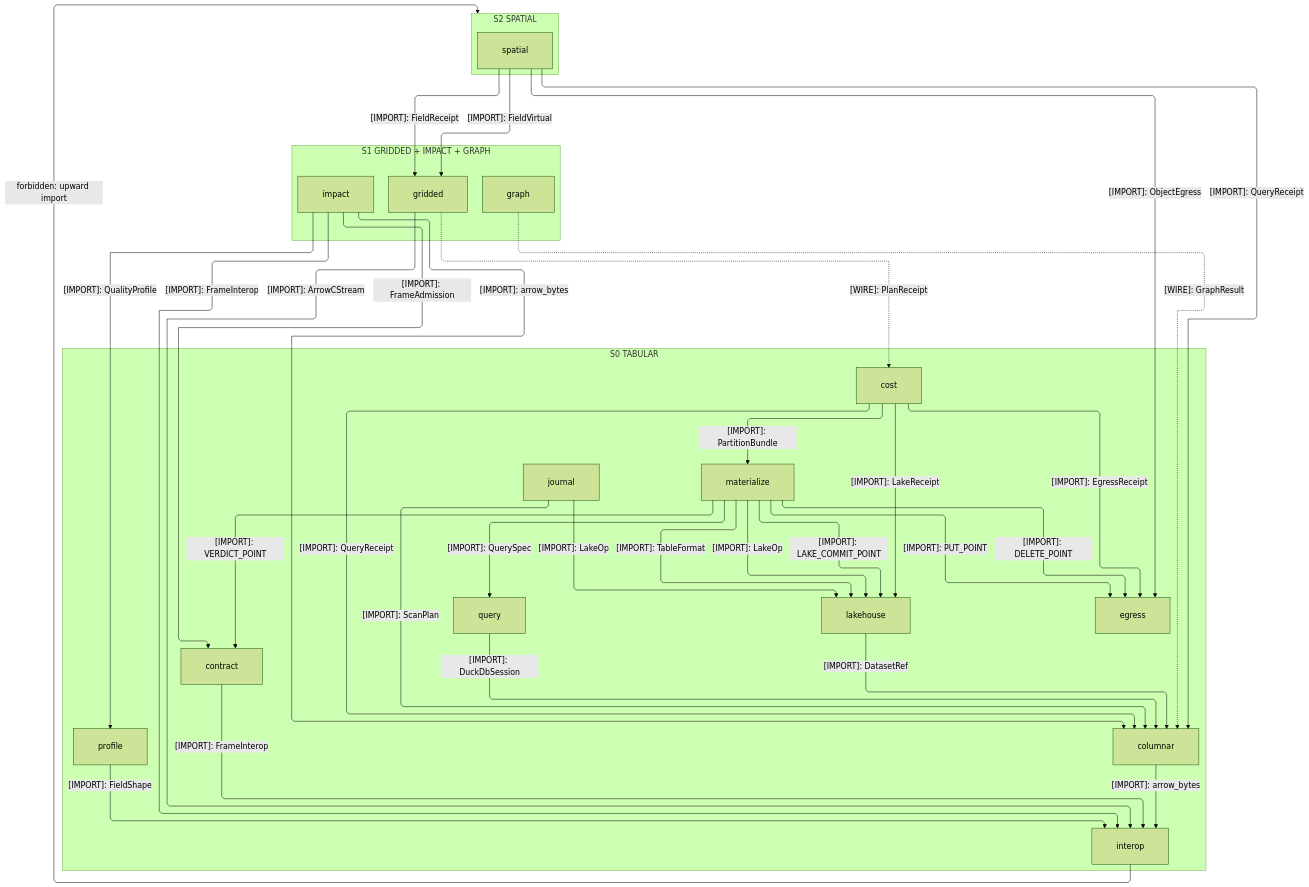
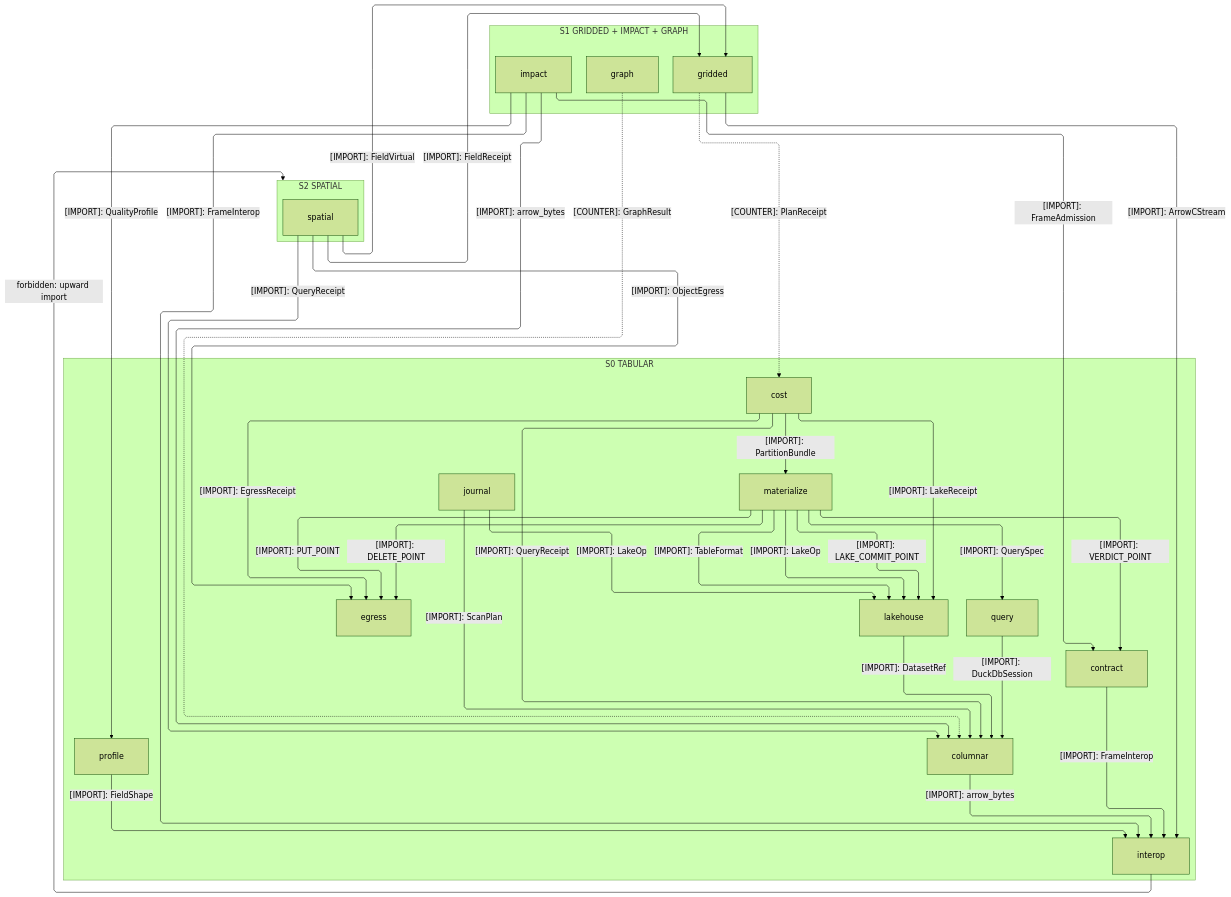
The first of 5 diagrams in libs/python/data/ARCHITECTURE.md (bsamiee/Rasm), drawn with Mermaid (forest theme) before and after one commit. The commit also changed other lines of this file and 115 other files, not shown here.

````diff
--- a/libs/python/data/ARCHITECTURE.md
+++ b/libs/python/data/ARCHITECTURE.md
@@ -48,64 +48,62 @@
 ```mermaid
 ---
 config:
   layout: elk
   flowchart:
     curve: linear
     padding: 25
 ---
 flowchart TB
     accTitle: Data interior import strata
-    accDescr: Spatial composes the middle tier over the tabular floor; labeled edges name imported owners, and dashed edges carry wire data.
+    accDescr: How the data interior ranks over the tabular floor, the dashed GraphResult and PlanReceipt counter-edges carrying wire data downward.
     subgraph D2["S2 SPATIAL"]
         Spatial[spatial]
     end
     subgraph D1["S1 GRIDDED + IMPACT + GRAPH"]
         Graph[graph]
         Impact[impact]
         Gridded[gridded]
     end
     subgraph D0["S0 TABULAR"]
         Journal[journal]
         Cost[cost]
         Egress[egress]
         Materialize[materialize]
         Query[query]
         Lakehouse[lakehouse]
         Columnar[columnar]
         Contract[contract]
         Profile[profile]
         Interop[interop]
     end
-    Spatial s1@-->|"[IMPORT]: QueryReceipt"| Columnar
-    Spatial s2@-->|"[IMPORT]: ObjectEgress"| Egress
-    Spatial s3@-->|"[IMPORT]: FieldVirtual"| Gridded
-    Spatial s29@-->|"[IMPORT]: FieldReceipt"| Gridded
-    Gridded s4@-->|"[IMPORT]: ArrowCStream"| Interop
-    Impact s5@-->|"[IMPORT]: FrameAdmission"| Contract
-    Impact s6@-->|"[IMPORT]: QualityProfile"| Profile
-    Impact s7@-->|"[IMPORT]: FrameInterop"| Interop
-    Impact s8@-->|"[IMPORT]: arrow_bytes"| Columnar
-    Graph s9@-.->|"[WIRE]: GraphResult"| Columnar
-    Journal s26@-->|"[IMPORT]: LakeOp"| Lakehouse
-    Journal s27@-->|"[IMPORT]: ScanPlan"| Columnar
-    Materialize s10@-->|"[IMPORT]: QuerySpec"| Query
-    Materialize s11@-->|"[IMPORT]: TableFormat"| Lakehouse
-    Materialize s25@-->|"[IMPORT]: LakeOp"| Lakehouse
-    Materialize s12@-->|"[IMPORT]: LAKE_COMMIT_POINT"| Lakehouse
-    Materialize s13@-->|"[IMPORT]: VERDICT_POINT"| Contract
-    Materialize s14@-->|"[IMPORT]: PUT_POINT"| Egress
-    Materialize s15@-->|"[IMPORT]: DELETE_POINT"| Egress
-    Query s16@-->|"[IMPORT]: DuckDbSession"| Columnar
-    Lakehouse s17@-->|"[IMPORT]: DatasetRef"| Columnar
-    Contract s18@-->|"[IMPORT]: FrameInterop"| Interop
-    Columnar s28@-->|"[IMPORT]: arrow_bytes"| Interop
-    Profile s19@-->|"[IMPORT]: FieldShape"| Interop
-    Cost s20@-->|"[IMPORT]: QueryReceipt"| Columnar
-    Cost s21@-->|"[IMPORT]: LakeReceipt"| Lakehouse
-    Cost s22@-->|"[IMPORT]: PartitionBundle"| Materialize
-    Cost s23@-->|"[IMPORT]: EgressReceipt"| Egress
-    Gridded s24@-.->|"[WIRE]: PlanReceipt"| Cost
-    Spatial ~~~ Impact
-    Spatial ~~~ Graph
+    Spatial e1@-->|"[IMPORT]: QueryReceipt"| Columnar
+    Spatial e2@-->|"[IMPORT]: ObjectEgress"| Egress
+    Spatial e3@-->|"[IMPORT]: FieldVirtual"| Gridded
+    Spatial e4@-->|"[IMPORT]: FieldReceipt"| Gridded
+    Gridded e5@-->|"[IMPORT]: ArrowCStream"| Interop
+    Impact e6@-->|"[IMPORT]: FrameAdmission"| Contract
+    Impact e7@-->|"[IMPORT]: QualityProfile"| Profile
+    Impact e8@-->|"[IMPORT]: FrameInterop"| Interop
+    Impact e9@-->|"[IMPORT]: arrow_bytes"| Columnar
+    Graph e10@-.->|"[COUNTER]: GraphResult"| Columnar
+    Journal e11@-->|"[IMPORT]: LakeOp"| Lakehouse
+    Journal e12@-->|"[IMPORT]: ScanPlan"| Columnar
+    Materialize e13@-->|"[IMPORT]: QuerySpec"| Query
+    Materialize e14@-->|"[IMPORT]: TableFormat"| Lakehouse
+    Materialize e15@-->|"[IMPORT]: LakeOp"| Lakehouse
+    Materialize e16@-->|"[IMPORT]: LAKE_COMMIT_POINT"| Lakehouse
+    Materialize e17@-->|"[IMPORT]: VERDICT_POINT"| Contract
+    Materialize e18@-->|"[IMPORT]: PUT_POINT"| Egress
+    Materialize e19@-->|"[IMPORT]: DELETE_POINT"| Egress
+    Query e20@-->|"[IMPORT]: DuckDbSession"| Columnar
+    Lakehouse e21@-->|"[IMPORT]: DatasetRef"| Columnar
+    Contract e22@-->|"[IMPORT]: FrameInterop"| Interop
+    Columnar e23@-->|"[IMPORT]: arrow_bytes"| Interop
+    Profile e24@-->|"[IMPORT]: FieldShape"| Interop
+    Cost e25@-->|"[IMPORT]: QueryReceipt"| Columnar
+    Cost e26@-->|"[IMPORT]: LakeReceipt"| Lakehouse
+    Cost e27@-->|"[IMPORT]: PartitionBundle"| Materialize
+    Cost e28@-->|"[IMPORT]: EgressReceipt"| Egress
+    Gridded e29@-.->|"[COUNTER]: PlanReceipt"| Cost
     Interop f1@-->|"forbidden: upward import"| D2
 ```
````
